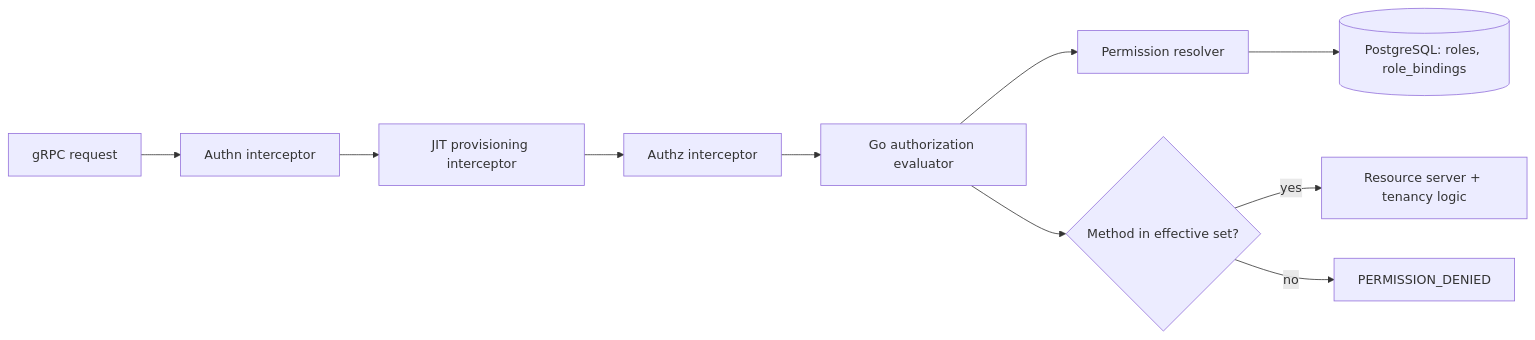
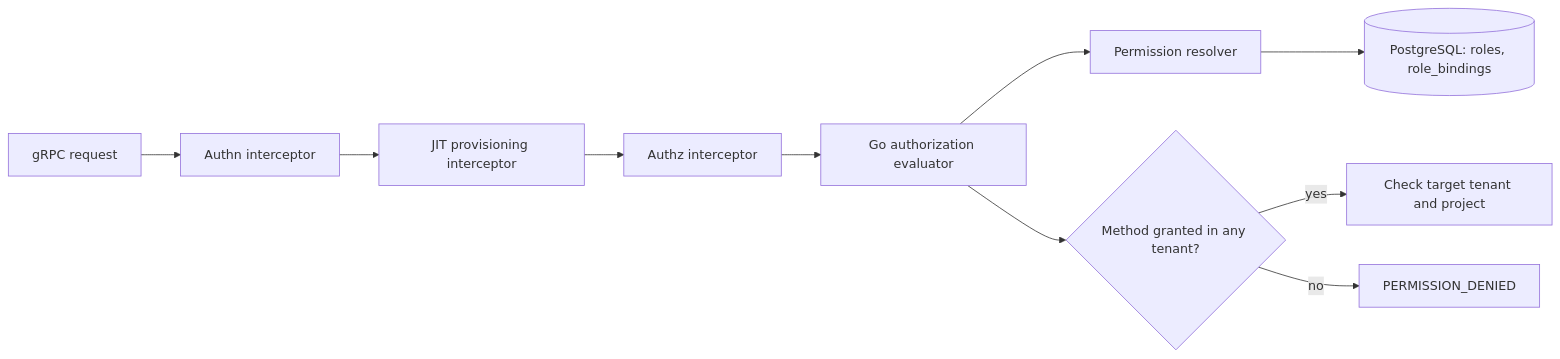
One commit to osac-project/enhancement-proposals changed the diagram in enhancements/OSAC-3058-configurable-named-roles/design.md. Above: the diagram before and after it, drawn with Mermaid. The commit also changed other lines of this file and 1 other file, not shown here.

````diff
--- a/enhancements/OSAC-3058-configurable-named-roles/design.md
+++ b/enhancements/OSAC-3058-configurable-named-roles/design.md
@@ -127,12 +126,12 @@
 ```mermaid
 flowchart LR
     Req[gRPC request] --> Authn[Authn interceptor]
     Authn --> JIT[JIT provisioning interceptor]
     JIT --> Authz[Authz interceptor]
     Authz --> Eval[Go authorization evaluator]
     Eval --> Resolve[Permission resolver]
     Resolve --> DB[(PostgreSQL: roles, role_bindings)]
-    Eval --> Decision{Method in effective set?}
-    Decision -- yes --> Handler[Resource server + tenancy logic]
+    Eval --> Decision{Method granted in any tenant?}
+    Decision -- yes --> Handler[Check target tenant and project]
     Decision -- no --> Deny[PERMISSION_DENIED]
 ```
````
